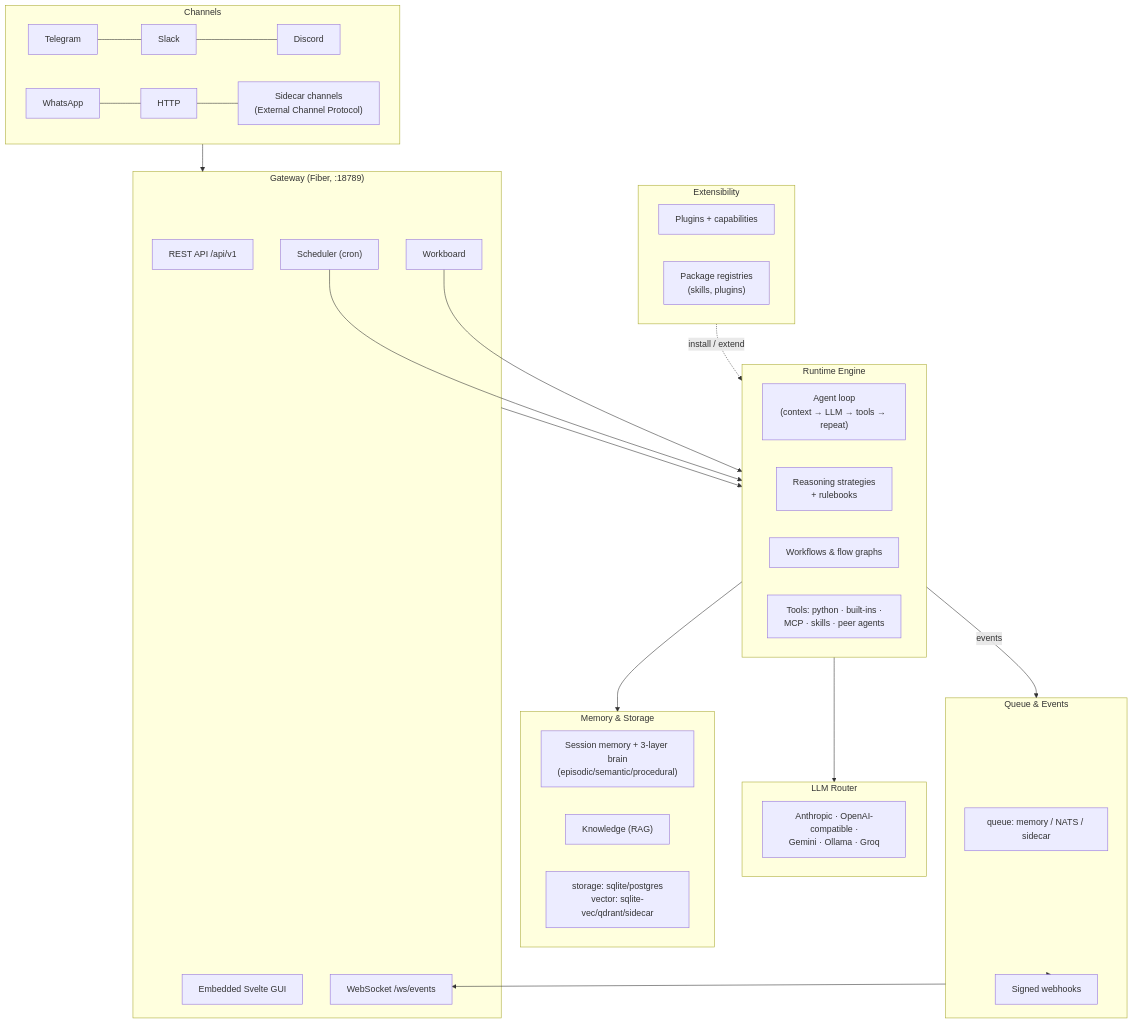
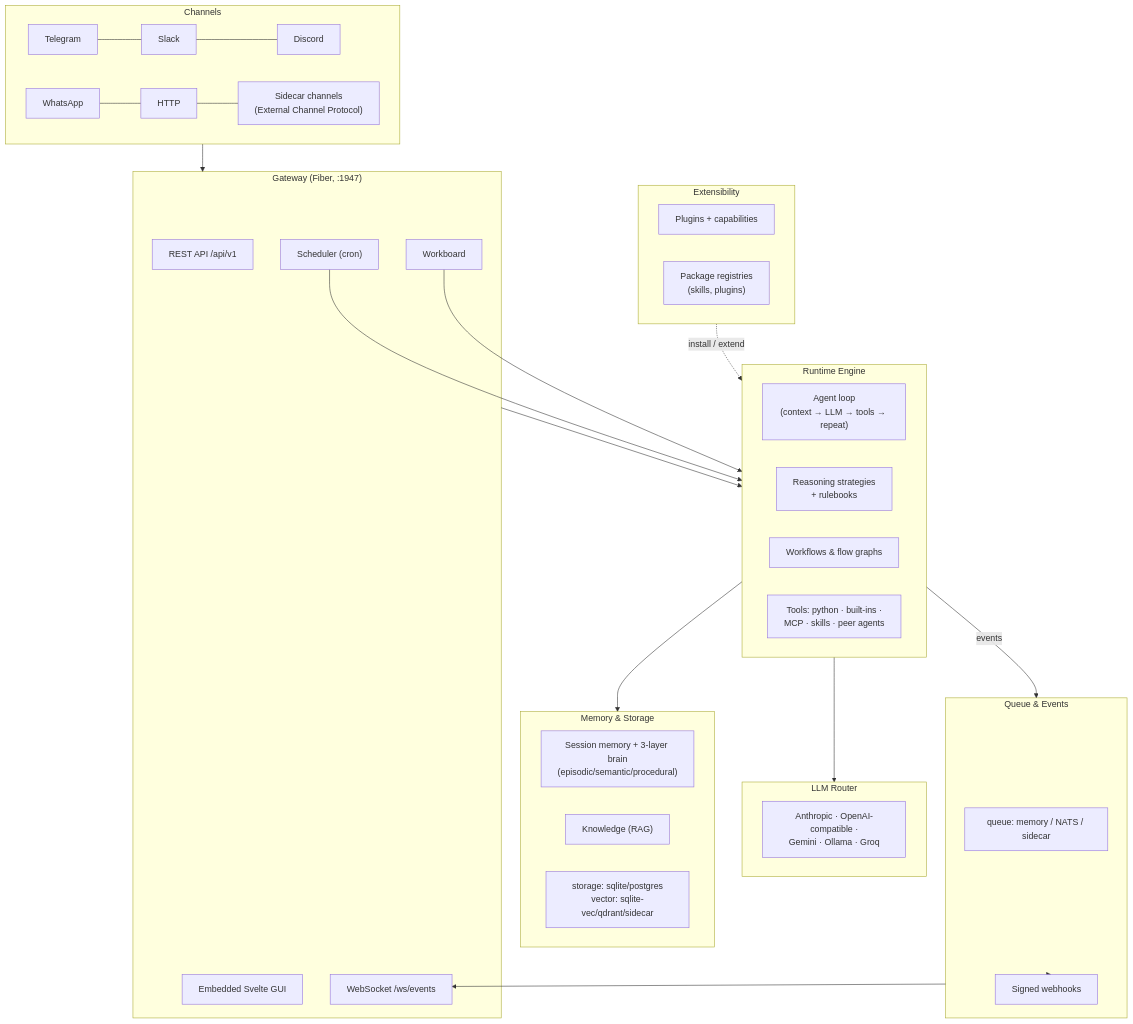
Before and after one commit to vmodekurti/soulacy-personal: the diagram in docs/architecture/overview.md, drawn with Mermaid. The commit also changed 270 other files, not shown here.

````diff
--- a/docs/architecture/overview.md
+++ b/docs/architecture/overview.md
@@ -10,53 +10,53 @@
 ```mermaid
 flowchart TB
     subgraph Channels["Channels"]
         TG[Telegram] --- SL[Slack] --- DC[Discord]
         WA[WhatsApp] --- HT[HTTP] --- SC["Sidecar channels<br/>(External Channel Protocol)"]
     end
 
-    subgraph Gateway["Gateway (Fiber, :18789)"]
+    subgraph Gateway["Gateway (Fiber, :1947)"]
         API["REST API /api/v1"]
         GUI["Embedded Svelte GUI"]
         WS["WebSocket /ws/events"]
         SCHED["Scheduler (cron)"]
         WB["Workboard"]
     end
 
     subgraph Engine["Runtime Engine"]
         LOOP["Agent loop<br/>(context → LLM → tools → repeat)"]
         REASON["Reasoning strategies<br/>+ rulebooks"]
         FLOW["Workflows & flow graphs"]
         TOOLS["Tools: python · built-ins ·<br/>MCP · skills · peer agents"]
     end
 
     subgraph Providers["LLM Router"]
         LLM["Anthropic · OpenAI-compatible ·<br/>Gemini · Ollama · Groq"]
     end
 
     subgraph State["Memory & Storage"]
         MEM["Session memory + 3-layer brain<br/>(episodic/semantic/procedural)"]
         KB["Knowledge (RAG)"]
         STORE["storage: sqlite/postgres<br/>vector: sqlite-vec/qdrant/sidecar"]
     end
 
     subgraph EventsQ["Queue & Events"]
         Q["queue: memory / NATS / sidecar"]
         HOOKS["Signed webhooks"]
     end
 
     subgraph Ext["Extensibility"]
         PLUG["Plugins + capabilities"]
         REG["Package registries<br/>(skills, plugins)"]
     end
 
     Channels --> Gateway
     Gateway --> Engine
     SCHED --> Engine
     WB --> Engine
     Engine --> Providers
     Engine --> State
     Engine -- "events" --> EventsQ
     EventsQ --> WS
     EventsQ --> HOOKS
     Ext -. "install / extend" .-> Engine
 ```
````
